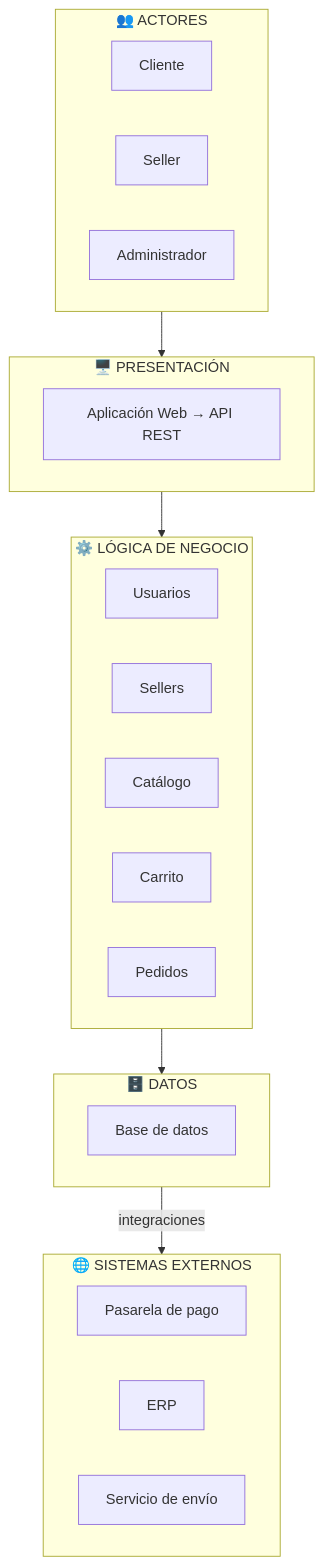
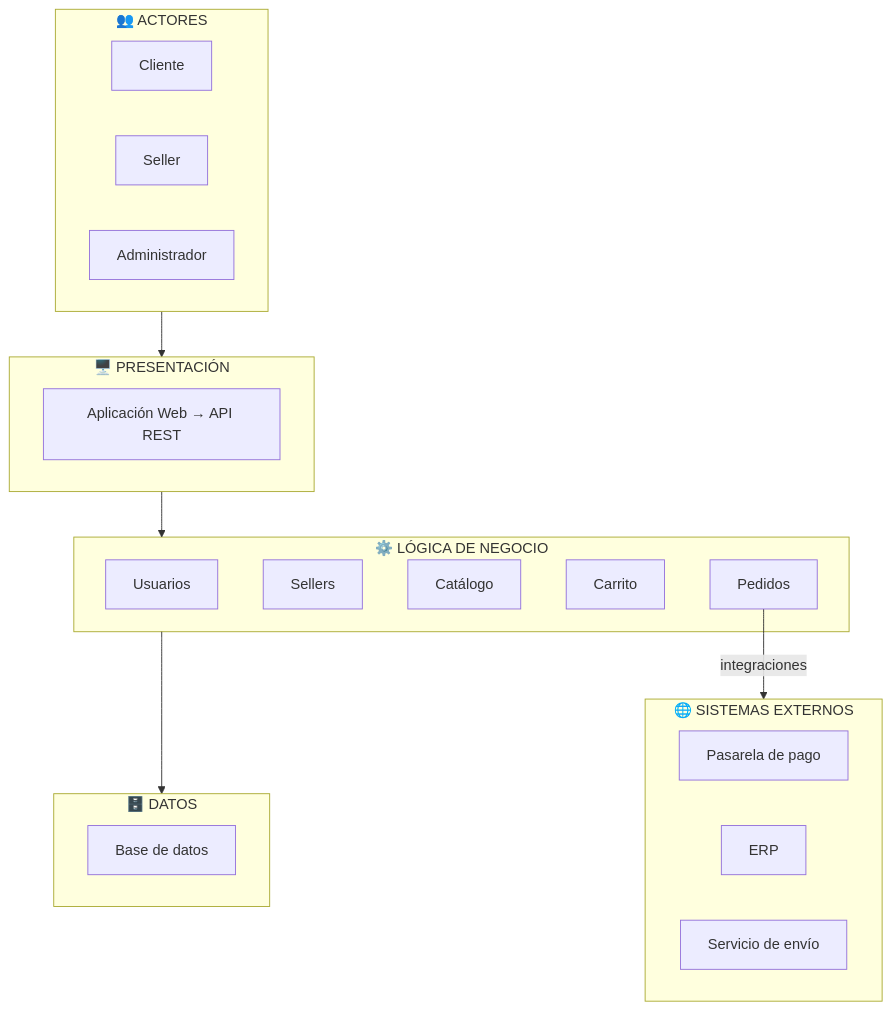
Before and after one commit to rudy-gomez/Marketplace-arquiSoft-02-Rudy: the diagram in arquitectura/arquitectura-inicial.md, drawn with Mermaid. The commit also changed other lines of this file and 12 other files, not shown here.

````diff
--- a/arquitectura/arquitectura-inicial.md
+++ b/arquitectura/arquitectura-inicial.md
@@ -25,36 +25,36 @@
 ```mermaid
 flowchart TD
 
     subgraph ACTORES["👥 ACTORES"]
         Cliente["Cliente"]
         Seller["Seller"]
         Admin["Administrador"]
     end
 
     subgraph PRESENTACION["🖥️ PRESENTACIÓN"]
         Web["Aplicación Web → API REST"]
     end
 
     subgraph NEGOCIO["⚙️ LÓGICA DE NEGOCIO"]
         Usuarios["Usuarios"]
         Sellers["Sellers"]
         Catalogo["Catálogo"]
         Carrito["Carrito"]
         Pedidos["Pedidos"]
     end
 
     subgraph DATOS["🗄️ DATOS"]
         BD["Base de datos"]
     end
 
     subgraph EXTERNOS["🌐 SISTEMAS EXTERNOS"]
         Pago["Pasarela de pago"]
         ERP["ERP"]
         Envio["Servicio de envío"]
     end
 
     ACTORES --> PRESENTACION
     PRESENTACION --> NEGOCIO
     NEGOCIO --> DATOS
-    DATOS -->|"integraciones"| EXTERNOS
+    Pedidos -->|"integraciones"| EXTERNOS
 ```
````
